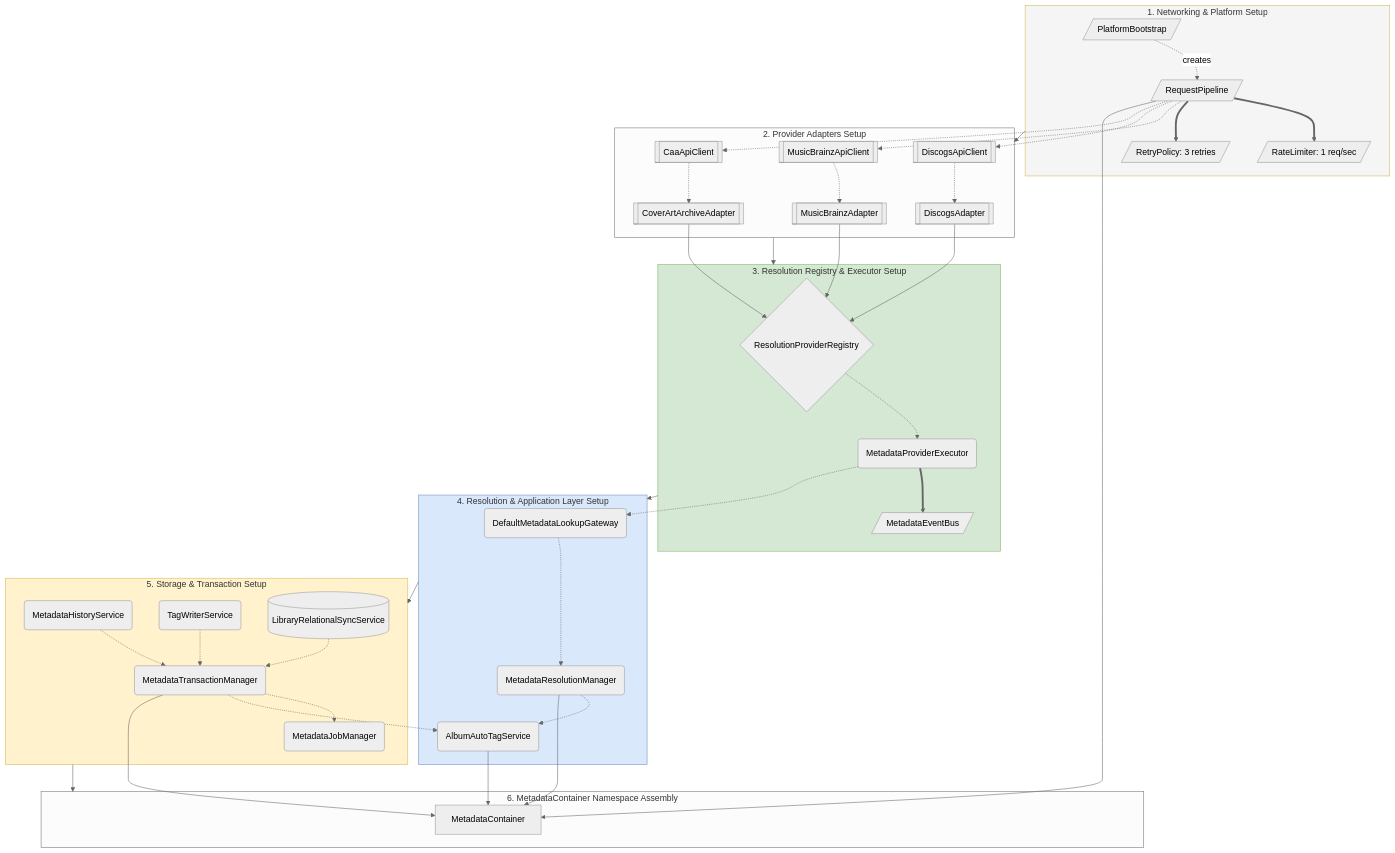
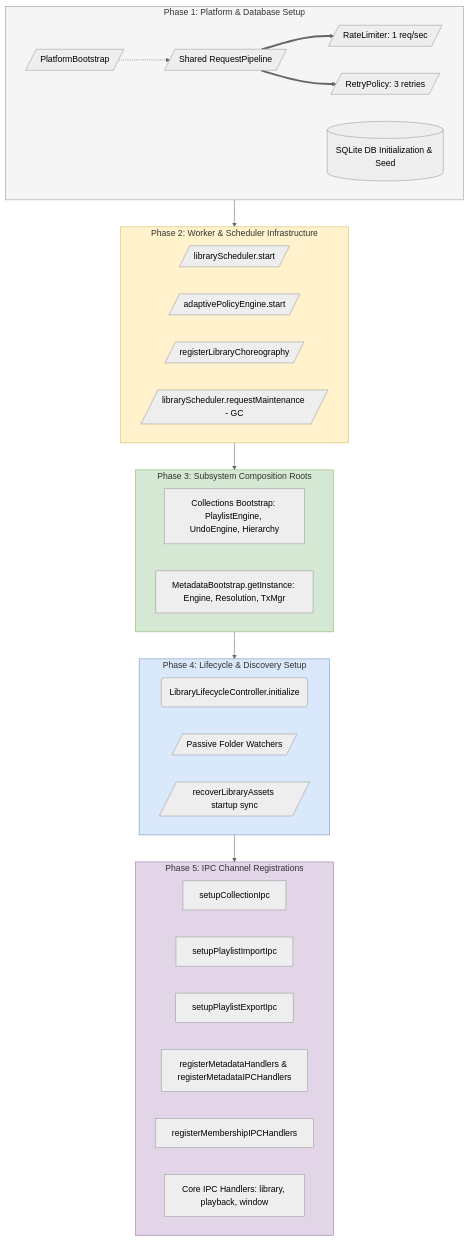
The first of 7 diagrams in architecture/02_Composition_Root.md (vnyvk2/Sita), drawn with Mermaid (neutral theme) before and after one commit. The commit also changed other lines of this file and 14 other files, not shown here.

Commit message:
docs(architecture): complete Nora Architecture Atlas and comprehensive subsystem graphs

````diff
--- a/architecture/02_Composition_Root.md
+++ b/architecture/02_Composition_Root.md
@@ -9,63 +11,47 @@
 ```mermaid
 graph TD
-    subgraph Step1 ["1. Networking & Platform Setup"]
-        Platform[/PlatformBootstrap/] -.->|creates| ReqPipe[/RequestPipeline/]
+    subgraph Step1 ["Phase 1: Platform & Database Setup"]
+        Platform[/PlatformBootstrap/] -.-> ReqPipe[/Shared RequestPipeline/]
         ReqPipe ==> RateLimiter[/RateLimiter: 1 req/sec/]
         ReqPipe ==> RetryPolicy[/RetryPolicy: 3 retries/]
+        DBSync[(SQLite DB Initialization & Seed)]
     end
 
-    subgraph Step2 ["2. Provider Adapters Setup"]
-        ReqPipe -.-> MBClient[[MusicBrainzApiClient]]
-        ReqPipe -.-> DiscogsClient[[DiscogsApiClient]]
-        ReqPipe -.-> CAAClient[[CaaApiClient]]
-
-        MBClient -.-> MBAdapter[[MusicBrainzAdapter]]
-        DiscogsClient -.-> DiscogsAdapter[[DiscogsAdapter]]
-        CAAClient -.-> CAAAdapter[[CoverArtArchiveAdapter]]
+    subgraph Step2 ["Phase 2: Worker & Scheduler Infrastructure"]
+        Scheduler[/libraryScheduler.start/]
+        PolicyEngine[/adaptivePolicyEngine.start/]
+        Choreography[/registerLibraryChoreography/]
+        MaintReq[/libraryScheduler.requestMaintenance - GC/]
     end
 
-    subgraph Step3 ["3. Resolution Registry & Executor Setup"]
-        ResReg{ResolutionProviderRegistry}
-        MBAdapter --> ResReg
-        DiscogsAdapter --> ResReg
-        CAAAdapter --> ResReg
-
-        ResReg -.-> ProvExec(MetadataProviderExecutor)
-        ProvExec ==> EventBus[/MetadataEventBus/]
+    subgraph Step3 ["Phase 3: Subsystem Composition Roots"]
+        CollBoot[Collections Bootstrap: PlaylistEngine, UndoEngine, Hierarchy]
+        MetaBoot[MetadataBootstrap.getInstance: Engine, Resolution, TxMgr]
     end
 
-    subgraph Step4 ["4. Resolution & Application Layer Setup"]
-        ProvExec -.-> LookupGW(DefaultMetadataLookupGateway)
-        LookupGW -.-> ResMgr(MetadataResolutionManager)
-
-        ResMgr -.-> AutoTagSvc(AlbumAutoTagService)
+    subgraph Step4 ["Phase 4: Lifecycle & Discovery Setup"]
+        Lifecycle(LibraryLifecycleController.initialize)
+        Watchers[/Passive Folder Watchers/]
+        RecoverySync[/recoverLibraryAssets startup sync/]
     end
 
-    subgraph Step5 ["5. Storage & Transaction Setup"]
-        HistorySvc(MetadataHistoryService) -.-> TxMgr(MetadataTransactionManager)
-        TagWriter(TagWriterService) -.-> TxMgr
-        DBSync[(LibraryRelationalSyncService)] -.-> TxMgr
-
-        TxMgr -.-> JobMgr(MetadataJobManager)
-        TxMgr -.-> AutoTagSvc
-    end
-
-    subgraph Step6 ["6. MetadataContainer Namespace Assembly"]
-        Container[MetadataContainer]
-        AutoTagSvc --> Container
-        ResMgr --> Container
-        TxMgr --> Container
-        ReqPipe --> Container
+    subgraph Step5 ["Phase 5: IPC Channel Registrations"]
+        IPC_Coll[setupCollectionIpc]
+        IPC_Import[setupPlaylistImportIpc]
+        IPC_Export[setupPlaylistExportIpc]
+        IPC_Meta[registerMetadataHandlers & registerMetadataIPCHandlers]
+        IPC_Member[registerMembershipIPCHandlers]
+        IPC_Core[Core IPC Handlers: library, playback, window]
     end
 
     Step1 --> Step2
     Step2 --> Step3
     Step3 --> Step4
     Step4 --> Step5
-    Step5 --> Step6
 
-    style Step1 fill:#f5f5f5,stroke:#d6b656
+    style Step1 fill:#f5f5f5,stroke:#999999
+    style Step2 fill:#fff2cc,stroke:#d6b656
     style Step3 fill:#d5e8d4,stroke:#82b366
     style Step4 fill:#dae8fc,stroke:#6c8ebf
-    style Step5 fill:#fff2cc,stroke:#d6b656
+    style Step5 fill:#e1d5e7,stroke:#9673a6
 ```
````
